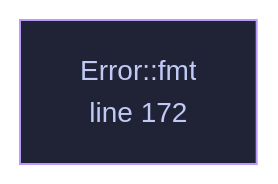
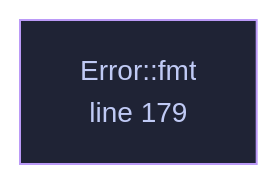
Before and after one commit to tilas01/veilvoice: the diagram in wiki/File-veilvoice-crypto-lib.md, drawn with Mermaid. The commit also changed other lines of this file and 25 other files, not shown here.

First line of the commit message:
crypto: a studio vault whose key exists only when both locks are open

````diff
--- a/wiki/File-veilvoice-crypto-lib.md
+++ b/wiki/File-veilvoice-crypto-lib.md
@@ -103,8 +103,8 @@
 ```mermaid
 %%{init: {"theme":"base","themeVariables":{"background":"#1a1b26","primaryColor":"#1f2335","primaryTextColor":"#c0caf5","primaryBorderColor":"#7aa2f7","secondaryColor":"#16161e","tertiaryColor":"#16161e","lineColor":"#737aa2","textColor":"#c0caf5","mainBkg":"#1f2335","nodeBorder":"#7aa2f7","clusterBkg":"#16161e","clusterBorder":"#2f3549","fontFamily":"ui-monospace, SFMono-Regular, Consolas, monospace","fontSize":"14px"}}}%%
 flowchart TD
-    n_fmt["Error::fmt<br/>line 172"]
-    click n_fmt href "https://github.com/tilas01/veilvoice/blob/main/crates/veilvoice-crypto/src/lib.rs#L172" "open the source"
+    n_fmt["Error::fmt<br/>line 179"]
+    click n_fmt href "https://github.com/tilas01/veilvoice/blob/main/crates/veilvoice-crypto/src/lib.rs#L179" "open the source"
     classDef helper fill:#1f2335,stroke:#bb9af7,color:#c0caf5
     class n_fmt helper
 ```
````
